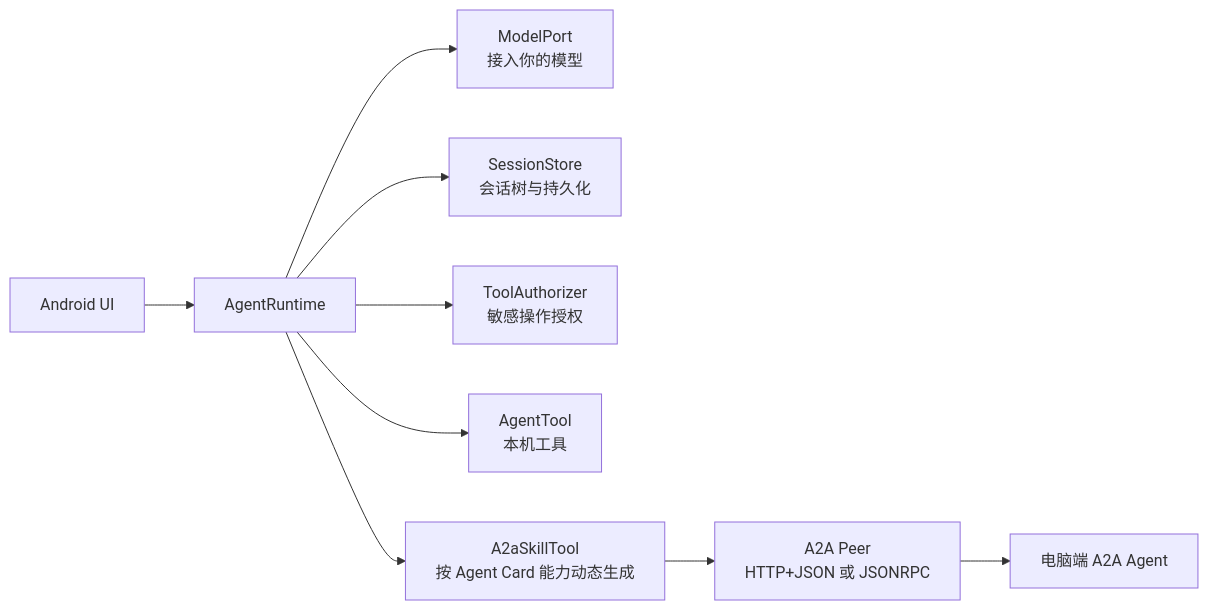
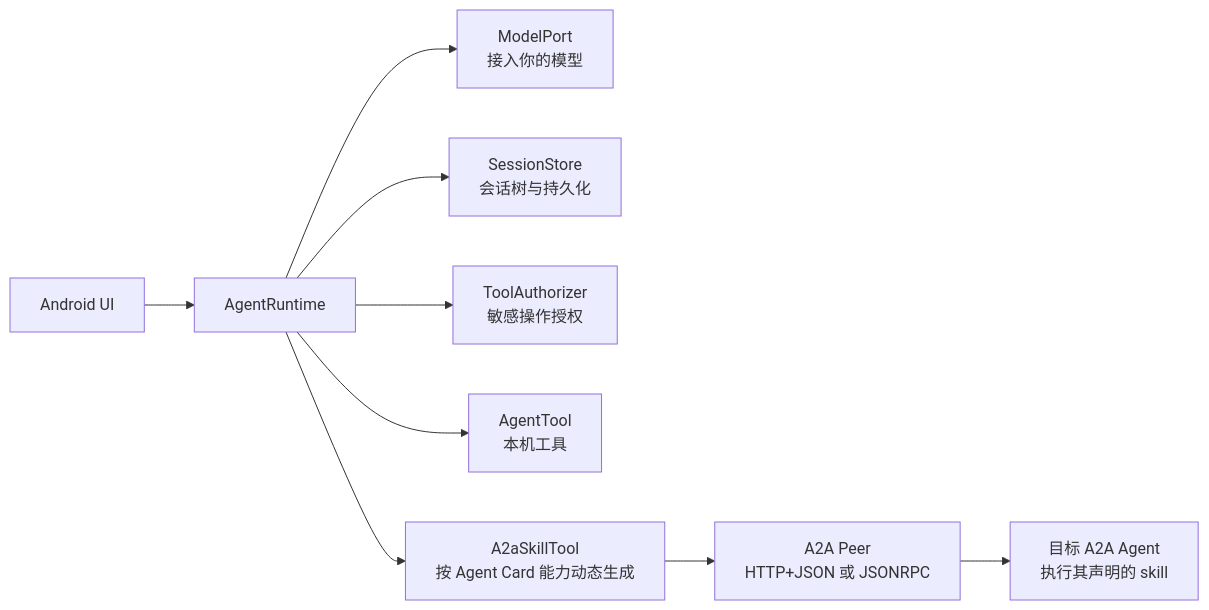
Before and after one commit to qhvssonic/kiora: the diagram in README.md, drawn with Mermaid. The commit also changed other lines of this file and 4 other files, not shown here.

````diff
--- a/README.md
+++ b/README.md
@@ -9,11 +9,11 @@
 ```mermaid
 flowchart LR
     UI[Android UI] --> R[AgentRuntime]
     R --> M[ModelPort<br/>接入你的模型]
     R --> S[SessionStore<br/>会话树与持久化]
     R --> P[ToolAuthorizer<br/>敏感操作授权]
     R --> T[AgentTool<br/>本机工具]
     R --> D[A2aSkillTool<br/>按 Agent Card 能力动态生成]
     D --> C[A2A Peer<br/>HTTP+JSON 或 JSONRPC]
-    C --> PC[电脑端 A2A Agent]
+    C --> Peer[目标 A2A Agent<br/>执行其声明的 skill]
 ```
````
